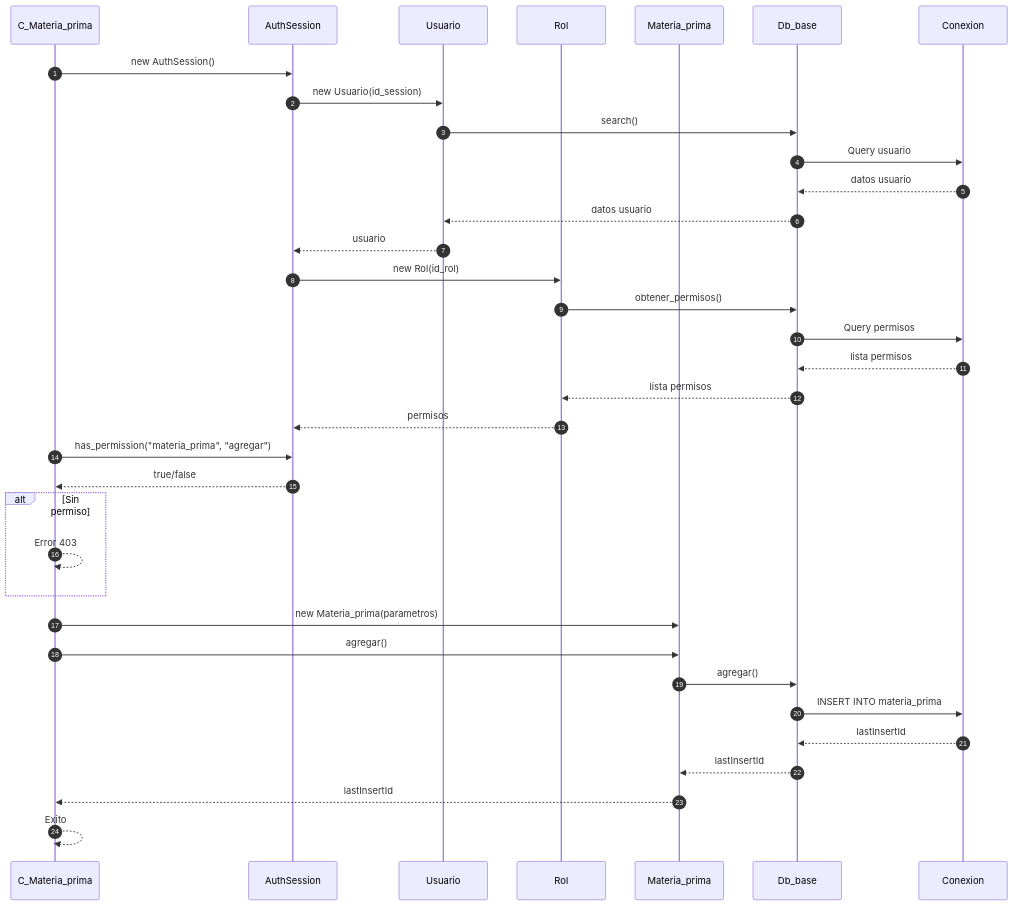
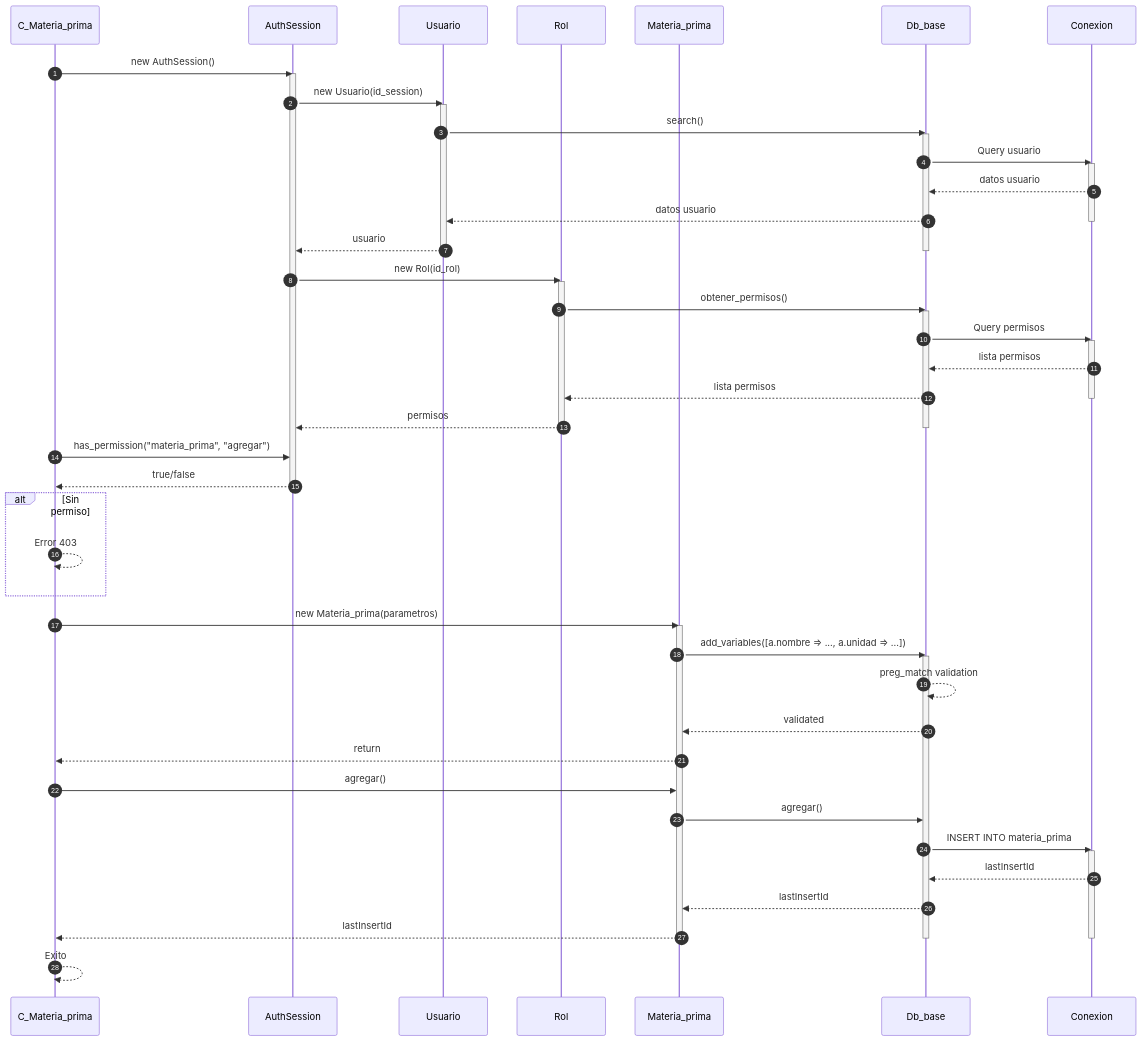
One commit to Tecrato/BurgerHouse changed the first of 5 diagrams in docs/secuencia/materia_prima/materia_prima.md. Above: the diagram before and after it, drawn with Mermaid. The commit also changed other lines of this file and 16 other files, not shown here.

First line of the commit message:
Annotate mermaid sequences & throttle generator

````diff
--- a/docs/secuencia/materia_prima/materia_prima.md
+++ b/docs/secuencia/materia_prima/materia_prima.md
@@ -5,43 +5,67 @@
 ```mermaid
 sequenceDiagram
     autonumber
     participant C_Materia_prima as C_Materia_prima
     participant AuthSession as AuthSession
     participant Usuario as Usuario
     participant Rol as Rol
     participant Materia_prima as Materia_prima
     participant Db_base as Db_base
     participant Conexion as Conexion
     
     C_Materia_prima->>AuthSession: new AuthSession()
+    activate AuthSession
     AuthSession->>Usuario: new Usuario(id_session)
+    activate Usuario
     Usuario->>Db_base: search()
+    activate Db_base
     Db_base->>Conexion: Query usuario
+    activate Conexion
     Conexion-->>Db_base: datos usuario
     Db_base-->>Usuario: datos usuario
+    deactivate Conexion
     Usuario-->>AuthSession: usuario
+    deactivate Usuario
+    deactivate Db_base
     
     AuthSession->>Rol: new Rol(id_rol)
+    activate Rol
     Rol->>Db_base: obtener_permisos()
+    activate Db_base
     Db_base->>Conexion: Query permisos
+    activate Conexion
     Conexion-->>Db_base: lista permisos
     Db_base-->>Rol: lista permisos
+    deactivate Conexion
     Rol-->>AuthSession: permisos
+    deactivate Rol
+    deactivate Db_base
     
     C_Materia_prima->>AuthSession: has_permission("materia_prima", "agregar")
     AuthSession-->>C_Materia_prima: true/false
+    deactivate AuthSession
     
     alt Sin permiso
         C_Materia_prima-->>C_Materia_prima: Error 403
     end
     
     C_Materia_prima->>Materia_prima: new Materia_prima(parametros)
+    activate Materia_prima
+    Materia_prima->>Db_base: add_variables([a.nombre => ..., a.unidad => ...])
+    activate Db_base
+    Db_base-->>Db_base: preg_match validation
+    Db_base-->>Materia_prima: validated
+    Materia_prima-->>C_Materia_prima: return
     C_Materia_prima->>Materia_prima: agregar()
     Materia_prima->>Db_base: agregar()
     Db_base->>Conexion: INSERT INTO materia_prima
+    activate Conexion
     Conexion-->>Db_base: lastInsertId
     Db_base-->>Materia_prima: lastInsertId
     Materia_prima-->>C_Materia_prima: lastInsertId
+    deactivate Materia_prima
+    deactivate Conexion
+    deactivate Db_base
     
     C_Materia_prima-->>C_Materia_prima: Exito
 ```
````
